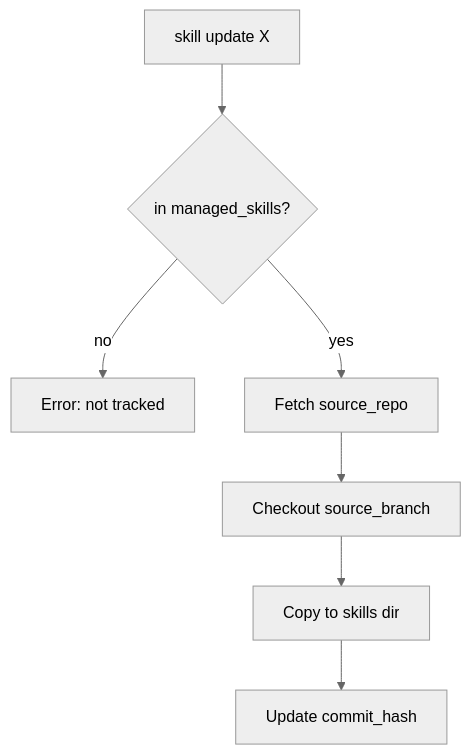
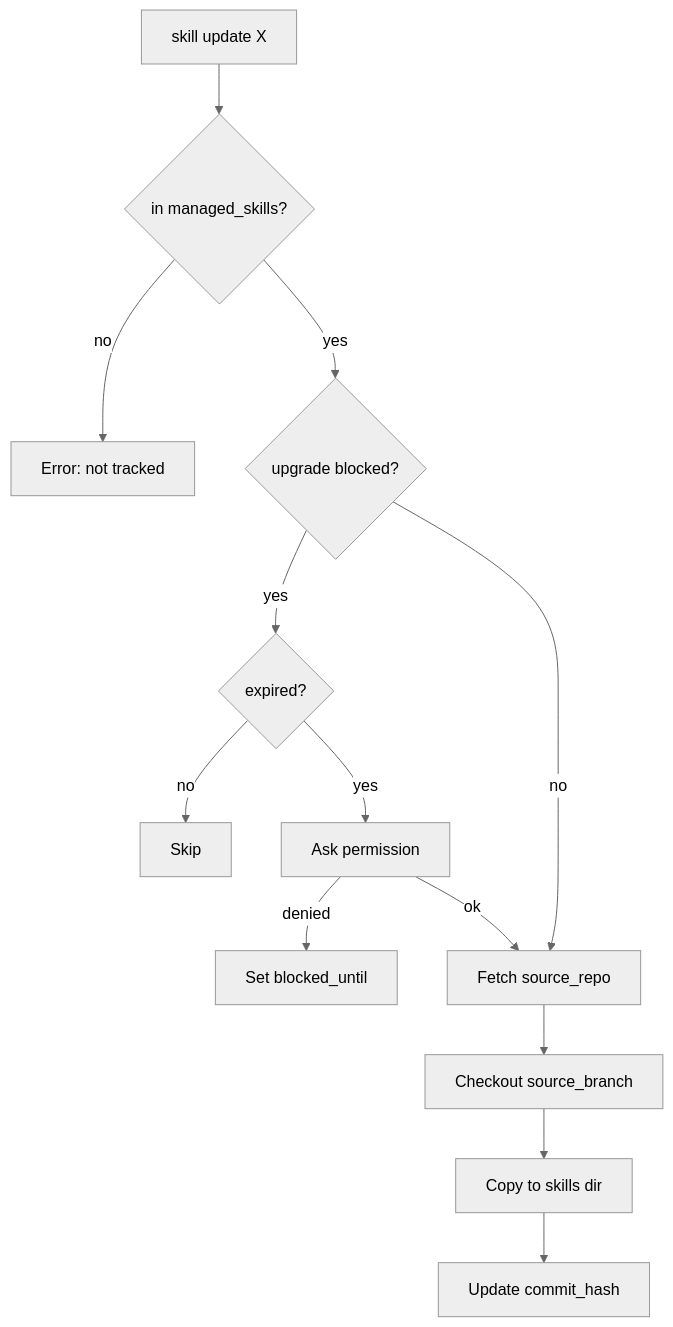
Before and after one commit to arekglinka/opencode-skills: the first of 2 diagrams in .opencode/skills/meta-skill/SKILL.md, drawn with Mermaid (neutral theme). The commit also changed other lines of this file and 7 other files, not shown here.

````diff
--- a/.opencode/skills/meta-skill/SKILL.md
+++ b/.opencode/skills/meta-skill/SKILL.md
@@ -57,9 +58,15 @@
 ```mermaid
 flowchart TD
   A[skill update X] --> B{in managed_skills?}
   B -->|no| C[Error: not tracked]
-  B -->|yes| D[Fetch source_repo]
-  D --> E[Checkout source_branch]
-  E --> F[Copy to skills dir]
-  F --> G[Update commit_hash]
+  B -->|yes| D{upgrade blocked?}
+  D -->|yes| E{expired?}
+  E -->|no| F[Skip]
+  E -->|yes| G[Ask permission]
+  D -->|no| H[Fetch source_repo]
+  G -->|denied| I[Set blocked_until]
+  G -->|ok| H
+  H --> J[Checkout source_branch]
+  J --> K[Copy to skills dir]
+  K --> L[Update commit_hash]
 ```
````
